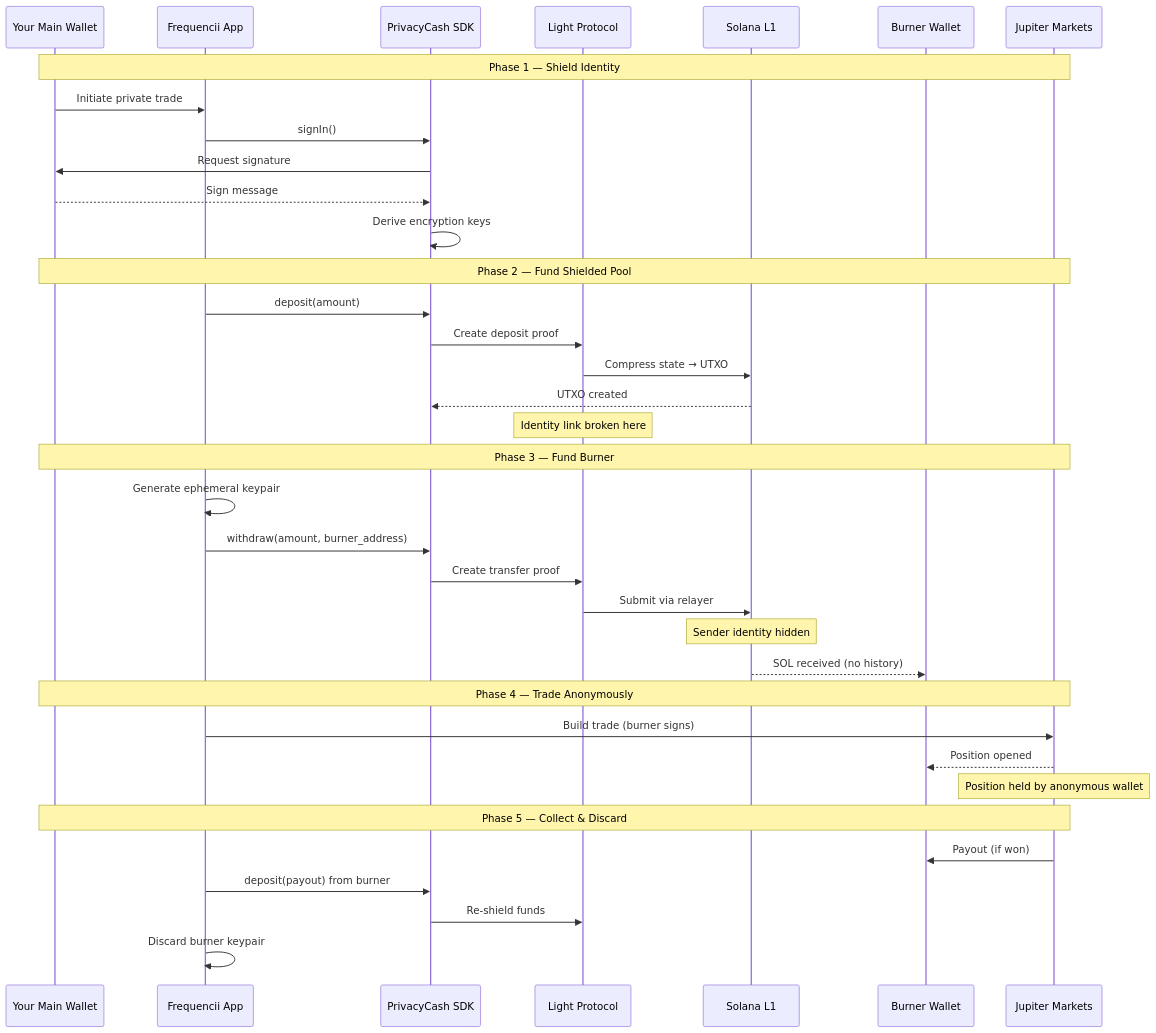
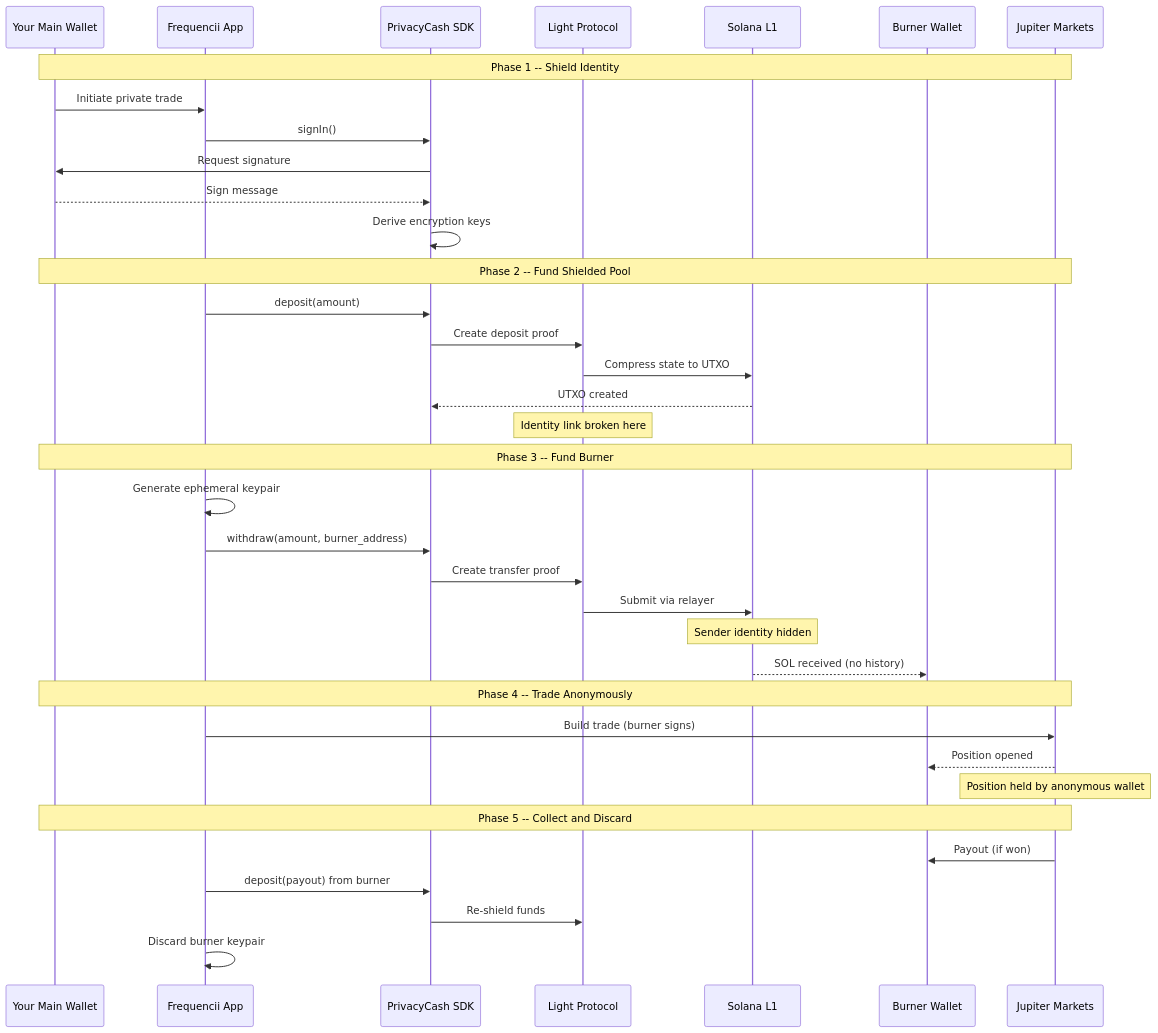
The fourth of 13 diagrams in ARCHITECTURE.md (bri-anadi/frequencii), drawn with Mermaid before and after one commit. The commit also changed other lines of this file and 1 other file, not shown here.

````diff
--- a/ARCHITECTURE.md
+++ b/ARCHITECTURE.md
@@ -170,43 +170,43 @@
 ```mermaid
 sequenceDiagram
     participant User as Your Main Wallet
     participant App as Frequencii App
     participant Privacy as PrivacyCash SDK
     participant Light as Light Protocol
     participant Solana as Solana L1
     participant Burner as Burner Wallet
     participant Jupiter as Jupiter Markets
 
-    Note over User,Jupiter: Phase 1 — Shield Identity
+    Note over User,Jupiter: Phase 1 -- Shield Identity
     User->>App: Initiate private trade
     App->>Privacy: signIn()
     Privacy->>User: Request signature
     User-->>Privacy: Sign message
     Privacy->>Privacy: Derive encryption keys
 
-    Note over User,Jupiter: Phase 2 — Fund Shielded Pool
+    Note over User,Jupiter: Phase 2 -- Fund Shielded Pool
     App->>Privacy: deposit(amount)
     Privacy->>Light: Create deposit proof
-    Light->>Solana: Compress state → UTXO
+    Light->>Solana: Compress state to UTXO
     Solana-->>Privacy: UTXO created
     Note over Light: Identity link broken here
 
-    Note over User,Jupiter: Phase 3 — Fund Burner
+    Note over User,Jupiter: Phase 3 -- Fund Burner
     App->>App: Generate ephemeral keypair
     App->>Privacy: withdraw(amount, burner_address)
     Privacy->>Light: Create transfer proof
     Light->>Solana: Submit via relayer
     Note over Solana: Sender identity hidden
     Solana-->>Burner: SOL received (no history)
 
-    Note over User,Jupiter: Phase 4 — Trade Anonymously
+    Note over User,Jupiter: Phase 4 -- Trade Anonymously
     App->>Jupiter: Build trade (burner signs)
     Jupiter-->>Burner: Position opened
     Note over Jupiter: Position held by anonymous wallet
 
-    Note over User,Jupiter: Phase 5 — Collect & Discard
+    Note over User,Jupiter: Phase 5 -- Collect and Discard
     Jupiter->>Burner: Payout (if won)
     App->>Privacy: deposit(payout) from burner
     Privacy->>Light: Re-shield funds
     App->>App: Discard burner keypair
 ```
````
